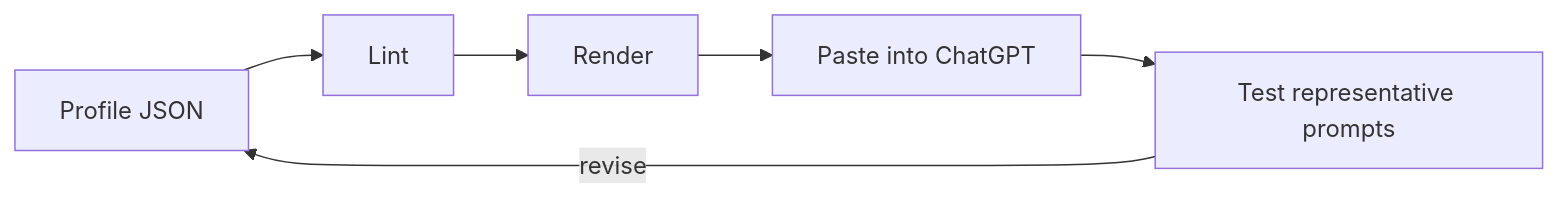
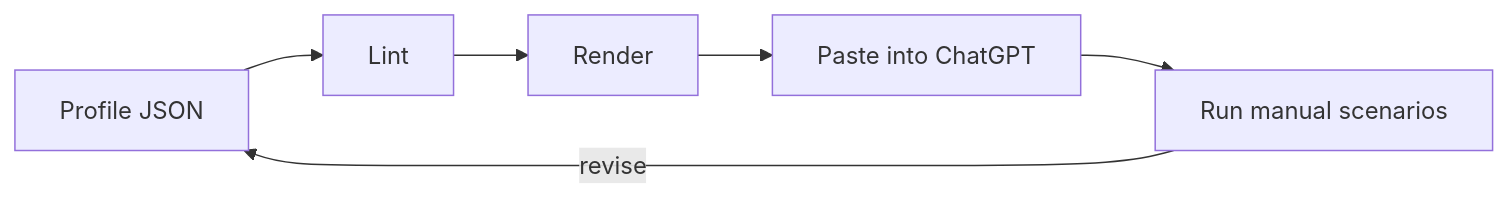
The diagram in README.md (man612/chatgpt-personalization), drawn with Mermaid before and after one commit. The commit also changed other lines of this file and 16 other files, not shown here.

````diff
--- a/README.md
+++ b/README.md
@@ -44,8 +34,8 @@
 ```mermaid
 flowchart LR
     A[Profile JSON] --> B[Lint]
     B --> C[Render]
     C --> D[Paste into ChatGPT]
-    D --> E[Test representative prompts]
+    D --> E[Run manual scenarios]
     E -->|revise| A
 ```
````
